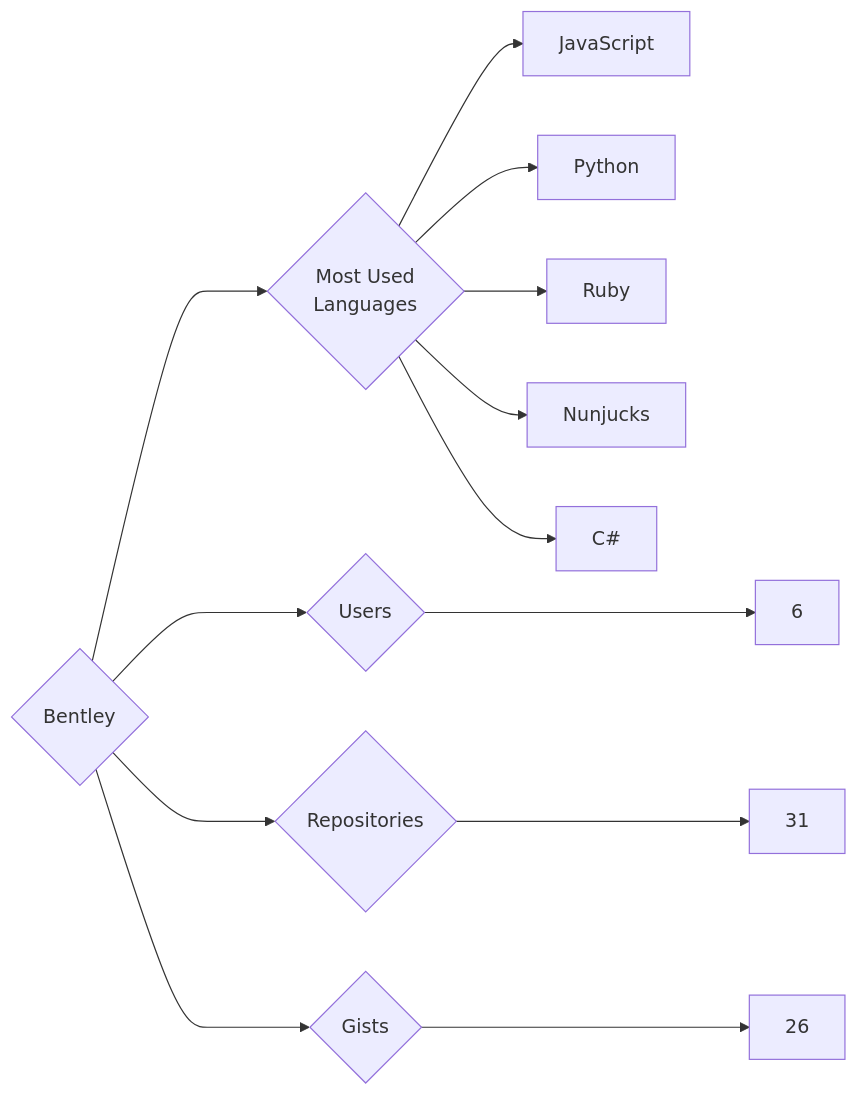
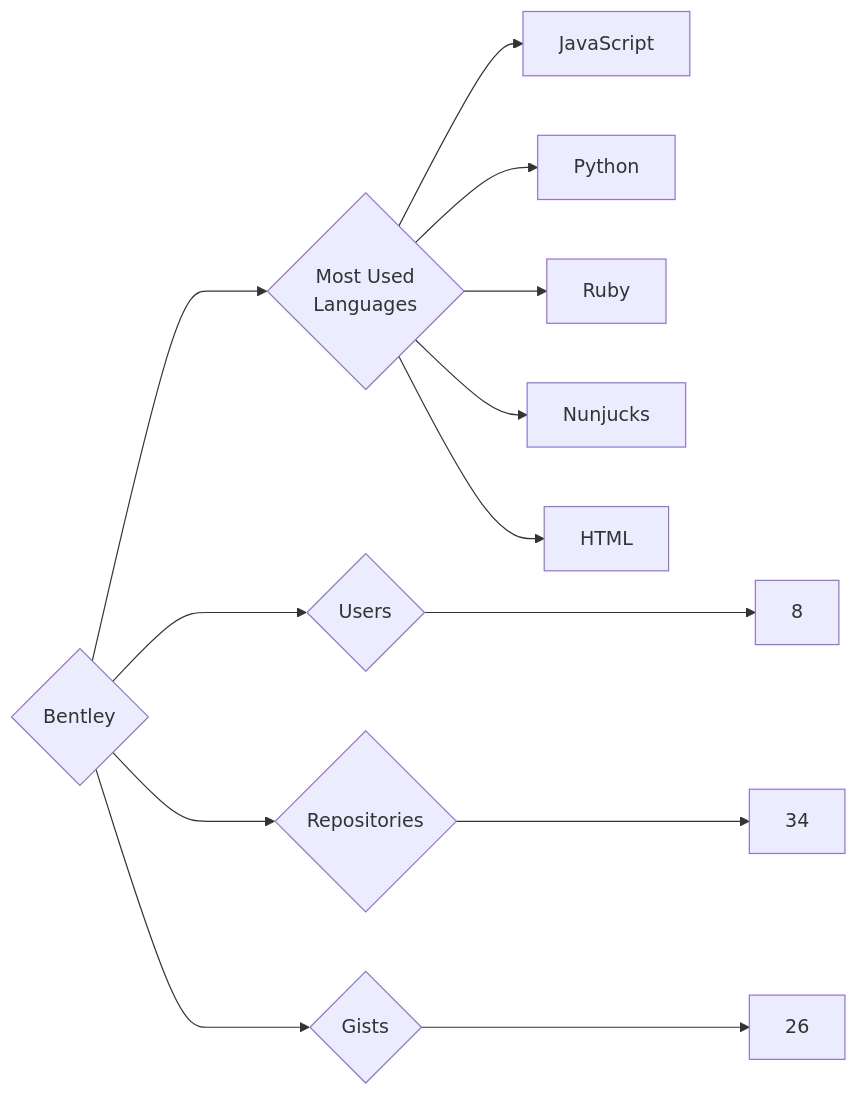
The diagram in targets/Bentley/README.md (trickest/insiders), drawn with Mermaid before and after one commit. The commit also changed 1088 other files, not shown here.

````diff
--- a/targets/Bentley/README.md
+++ b/targets/Bentley/README.md
@@ -3,13 +3,13 @@
 ```mermaid
 graph LR
 COMPANY_NAME{Bentley}
-COMPANY_NAME ---> U{Users} ---> UN[6]
-COMPANY_NAME ---> R{Repositories} ---> RN[31]
+COMPANY_NAME ---> U{Users} ---> UN[8]
+COMPANY_NAME ---> R{Repositories} ---> RN[34]
 COMPANY_NAME ---> G{Gists} ---> GN[26]
 COMPANY_NAME ---> ML{Most Used<br>Languages}
 ML --> JavaScript[JavaScript]
 ML --> Python[Python]
 ML --> Ruby[Ruby]
 ML --> Nunjucks[Nunjucks]
-ML --> C#[C#]
+ML --> HTML[HTML]
 ```
````
